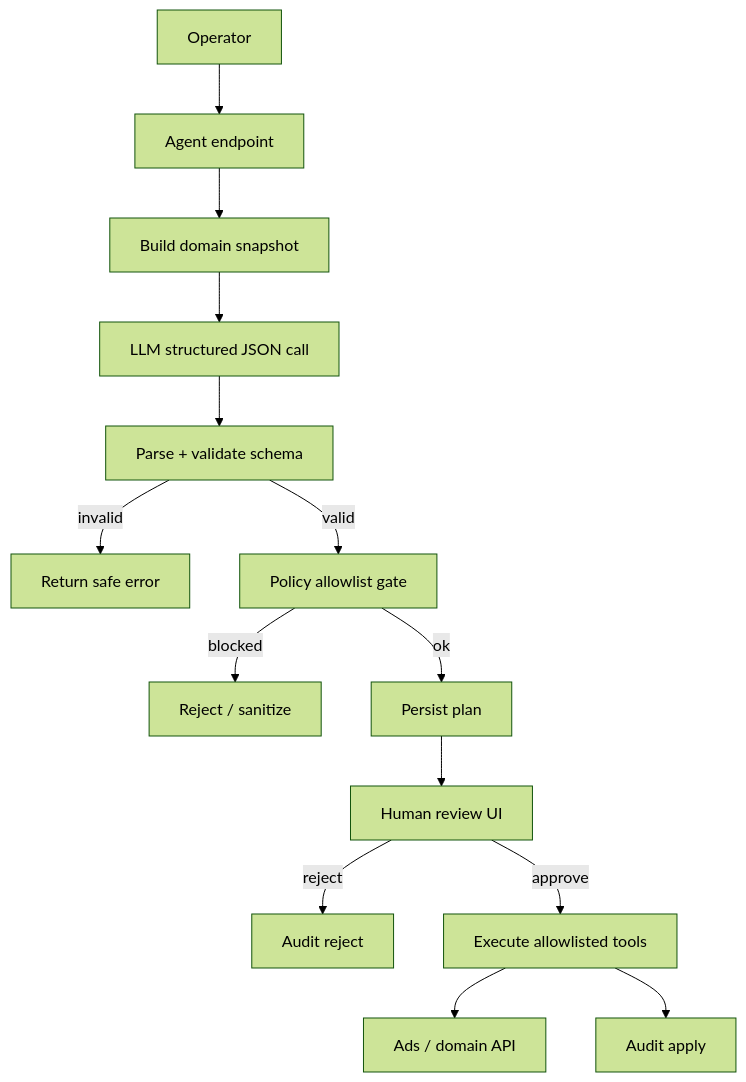
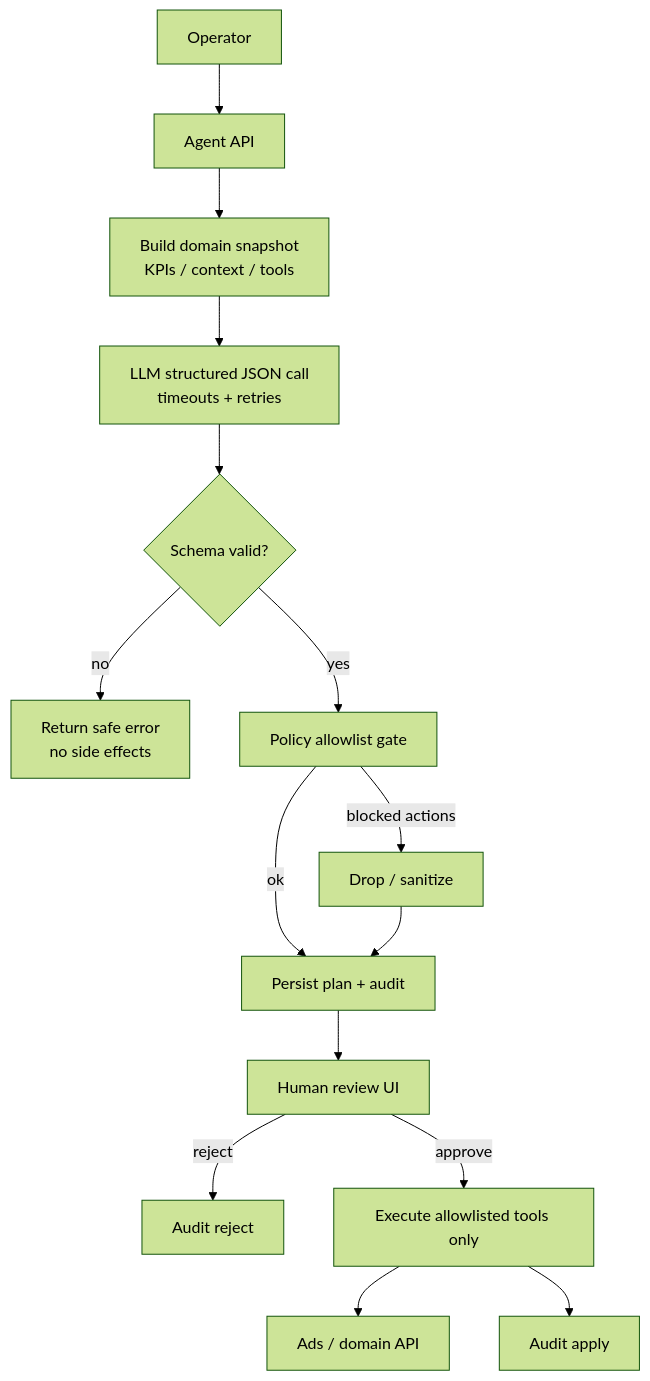
The diagram in architecture/ai-workflow.mmd (JuliShestakova/movacore-portfolio), drawn with Mermaid (forest theme) before and after one commit. The commit also changed 14 other files, not shown here.

Commit message:
feat: expand MovaCore engineering portfolio

```diff
--- a/architecture/ai-workflow.mmd
+++ b/architecture/ai-workflow.mmd
@@ -1,14 +1,16 @@
+%% MovaCore — Applied AI ads-ops workflow (production pattern, abstracted)
 flowchart TB
-  OP[Operator] --> EP[Agent endpoint]
-  EP --> SNAP[Build domain snapshot]
-  SNAP --> LLM[LLM structured JSON call]
-  LLM --> PARSE[Parse + validate schema]
-  PARSE -->|invalid| ERR[Return safe error]
-  PARSE -->|valid| GATE[Policy allowlist gate]
-  GATE -->|blocked| REJ[Reject / sanitize]
-  GATE -->|ok| STORE[Persist plan]
-  STORE --> HITL[Human review UI]
-  HITL -->|reject| AUD1[Audit reject]
-  HITL -->|approve| EXEC[Execute allowlisted tools]
-  EXEC --> ADS[Ads / domain API]
-  EXEC --> AUD2[Audit apply]
+  OP["Operator"] --> EP["Agent API"]
+  EP --> SNAP["Build domain snapshot<br/>KPIs / context / tools"]
+  SNAP --> LLM["LLM structured JSON call<br/>timeouts + retries"]
+  LLM --> PARSE{"Schema valid?"}
+  PARSE -->|no| ERR["Return safe error<br/>no side effects"]
+  PARSE -->|yes| GATE["Policy allowlist gate"]
+  GATE -->|blocked actions| SAN["Drop / sanitize"]
+  GATE -->|ok| STORE["Persist plan + audit"]
+  SAN --> STORE
+  STORE --> UI["Human review UI"]
+  UI -->|reject| AUD1["Audit reject"]
+  UI -->|approve| EXEC["Execute allowlisted tools only"]
+  EXEC --> ADS["Ads / domain API"]
+  EXEC --> AUD2["Audit apply"]
```
